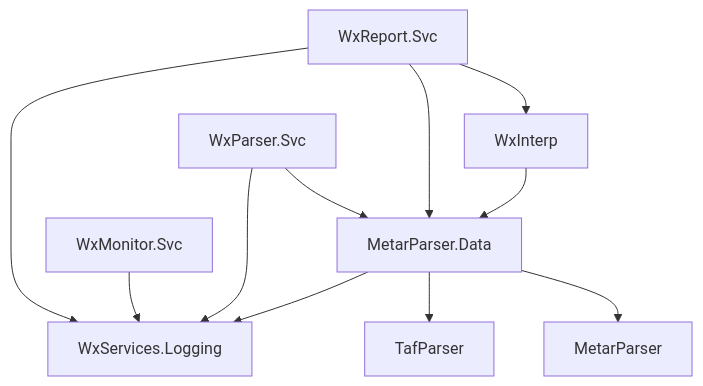
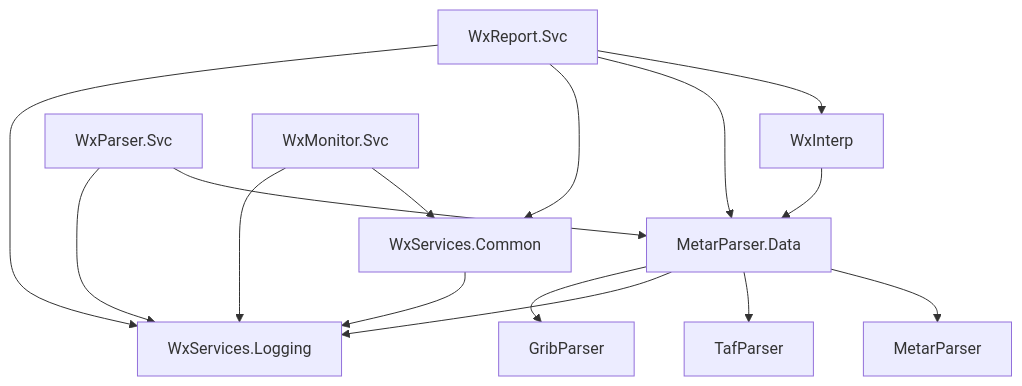
One commit to PaulHarder2/HarderWare changed the sixth of 8 diagrams in WxServices/DESIGN.md. Above: the diagram before and after it, drawn with Mermaid. The commit also changed other lines of this file and 43 other files, not shown here.

````diff
--- a/WxServices/DESIGN.md
+++ b/WxServices/DESIGN.md
@@ -232,22 +281,28 @@
 ```mermaid
 graph TD
     LOG[WxServices.Logging]
+    CMN[WxServices.Common]
+    GRIB[GribParser]
     MDATA[MetarParser.Data]
     MP[MetarParser]
     TP[TafParser]
     INTERP[WxInterp]
     PSVC[WxParser.Svc]
     RSVC[WxReport.Svc]
     MSVC[WxMonitor.Svc]
 
+    CMN --> LOG
     MDATA --> MP
     MDATA --> TP
     MDATA --> LOG
+    MDATA --> GRIB
     INTERP --> MDATA
     PSVC --> MDATA
     PSVC --> LOG
     RSVC --> INTERP
     RSVC --> MDATA
+    RSVC --> CMN
     RSVC --> LOG
+    MSVC --> CMN
     MSVC --> LOG
 ```
````
